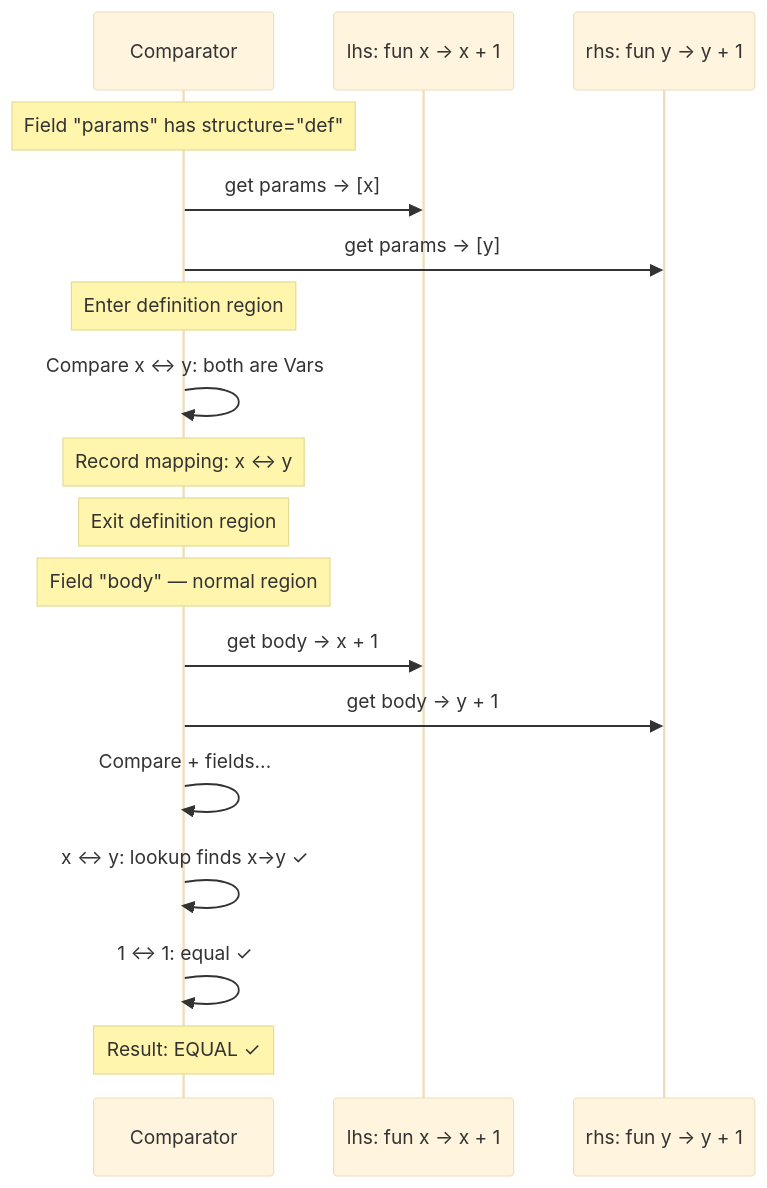
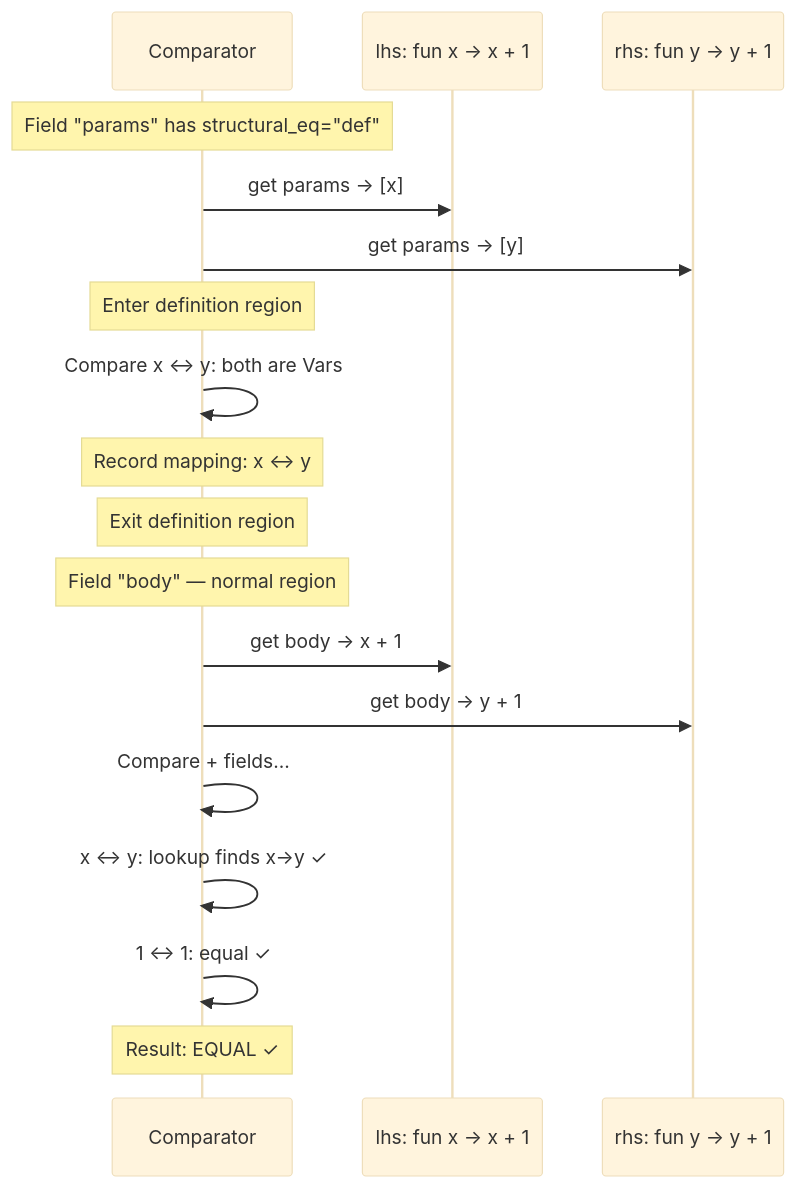
One commit to yaoyaoding/tvm-ffi changed the fourth of 8 diagrams in docs/concepts/structural_eq_hash.rst. Above: the diagram before and after it, drawn with Mermaid (base theme). The commit also changed other lines of this file and 4 other files, not shown here.

First line of the commit message:
refactor(python)!: rename `structure=` to `structural_eq=` (#509)

```diff
--- a/docs/concepts/structural_eq_hash.rst
+++ b/docs/concepts/structural_eq_hash.rst
@@ -372,22 +372,22 @@
 .. mermaid::
 
    sequenceDiagram
        participant C as Comparator
        participant L as lhs: fun x → x + 1
        participant R as rhs: fun y → y + 1
 
-       Note over C: Field "params" has structure="def"
+       Note over C: Field "params" has structural_eq="def"
        C->>L: get params → [x]
        C->>R: get params → [y]
        Note over C: Enter definition region
        C->>C: Compare x ↔ y: both are Vars
        Note over C: Record mapping: x ↔ y
        Note over C: Exit definition region
 
        Note over C: Field "body" — normal region
        C->>L: get body → x + 1
        C->>R: get body → y + 1
        C->>C: Compare + fields...
        C->>C: x ↔ y: lookup finds x→y ✓
        C->>C: 1 ↔ 1: equal ✓
        Note over C: Result: EQUAL ✓
```
